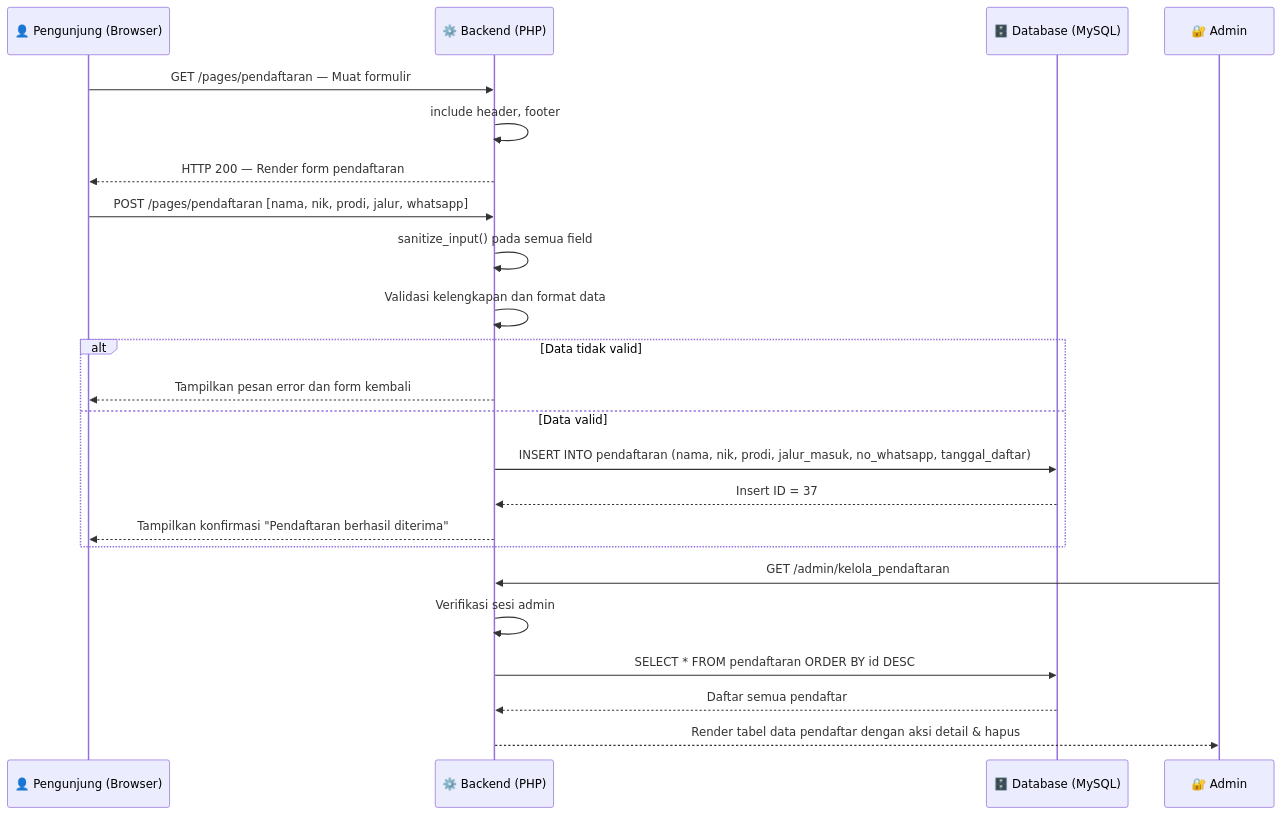
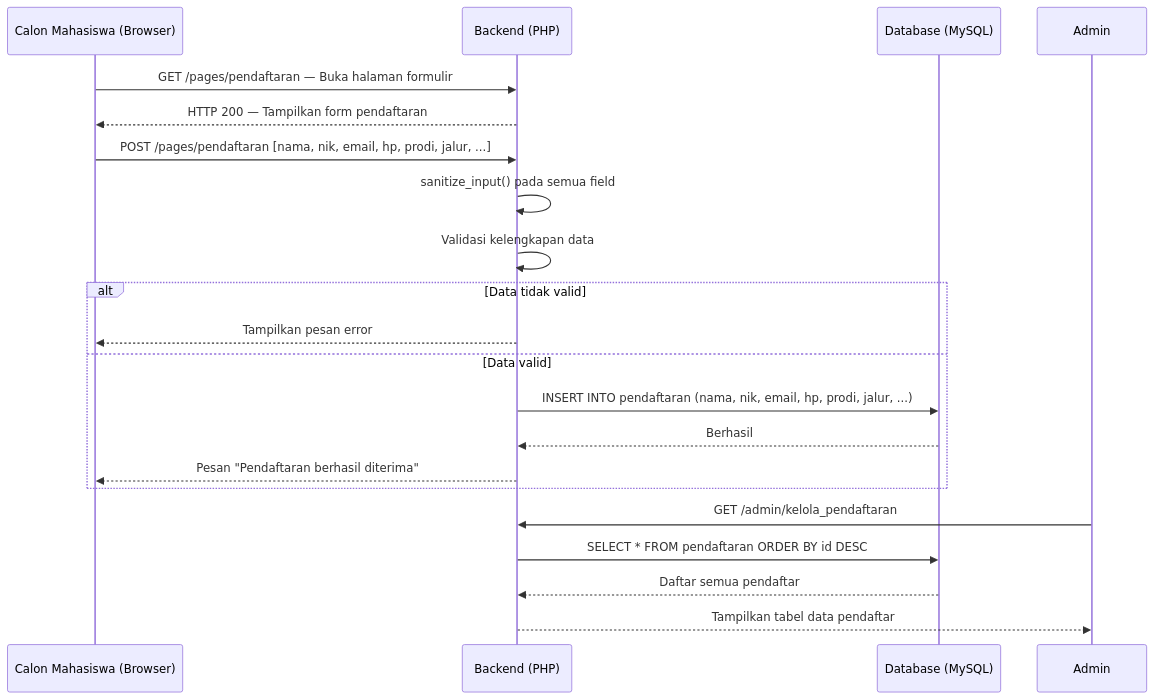
The tenth of 11 diagrams in docs/02_SEQUENCE_DIAGRAM.md (arbain-dev/Web_fikom), drawn with Mermaid before and after one commit. The commit also changed other lines of this file, not shown here.

Commit message:
docs(seq): buat ulang sequence diagram dengan penjelasan naratif sederhana di bawah setiap diagram

````diff
--- a/docs/02_SEQUENCE_DIAGRAM.md
+++ b/docs/02_SEQUENCE_DIAGRAM.md
@@ -249,28 +296,26 @@
 ```mermaid
 sequenceDiagram
-    participant PV as 👤 Pengunjung (Browser)
-    participant BE as ⚙️ Backend (PHP)
-    participant DB as 🗄️ Database (MySQL)
-    participant ADM as 🔐 Admin
+    participant PV as Calon Mahasiswa (Browser)
+    participant BE as Backend (PHP)
+    participant DB as Database (MySQL)
+    participant ADM as Admin
 
-    PV->>BE: GET /pages/pendaftaran — Muat formulir
-    BE->>BE: include header, footer
-    BE-->>PV: HTTP 200 — Render form pendaftaran
+    PV->>BE: GET /pages/pendaftaran — Buka halaman formulir
+    BE-->>PV: HTTP 200 — Tampilkan form pendaftaran
 
-    PV->>BE: POST /pages/pendaftaran [nama, nik, prodi, jalur, whatsapp]
+    PV->>BE: POST /pages/pendaftaran [nama, nik, email, hp, prodi, jalur, ...]
     BE->>BE: sanitize_input() pada semua field
-    BE->>BE: Validasi kelengkapan dan format data
+    BE->>BE: Validasi kelengkapan data
     alt Data tidak valid
-        BE-->>PV: Tampilkan pesan error dan form kembali
+        BE-->>PV: Tampilkan pesan error
     else Data valid
-        BE->>DB: INSERT INTO pendaftaran (nama, nik, prodi, jalur_masuk, no_whatsapp, tanggal_daftar)
-        DB-->>BE: Insert ID = 37
-        BE-->>PV: Tampilkan konfirmasi "Pendaftaran berhasil diterima"
+        BE->>DB: INSERT INTO pendaftaran (nama, nik, email, hp, prodi, jalur, ...)
+        DB-->>BE: Berhasil
+        BE-->>PV: Pesan "Pendaftaran berhasil diterima"
     end
 
     ADM->>BE: GET /admin/kelola_pendaftaran
-    BE->>BE: Verifikasi sesi admin
     BE->>DB: SELECT * FROM pendaftaran ORDER BY id DESC
     DB-->>BE: Daftar semua pendaftar
-    BE-->>ADM: Render tabel data pendaftar dengan aksi detail & hapus
+    BE-->>ADM: Tampilkan tabel data pendaftar
 ```
````
